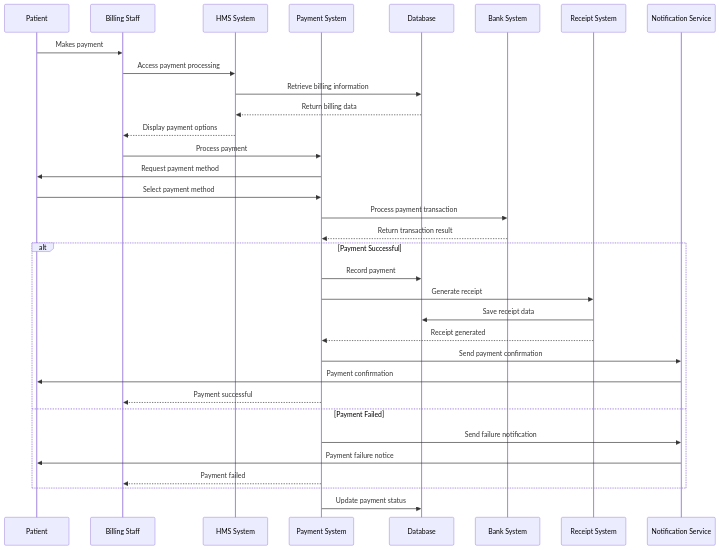
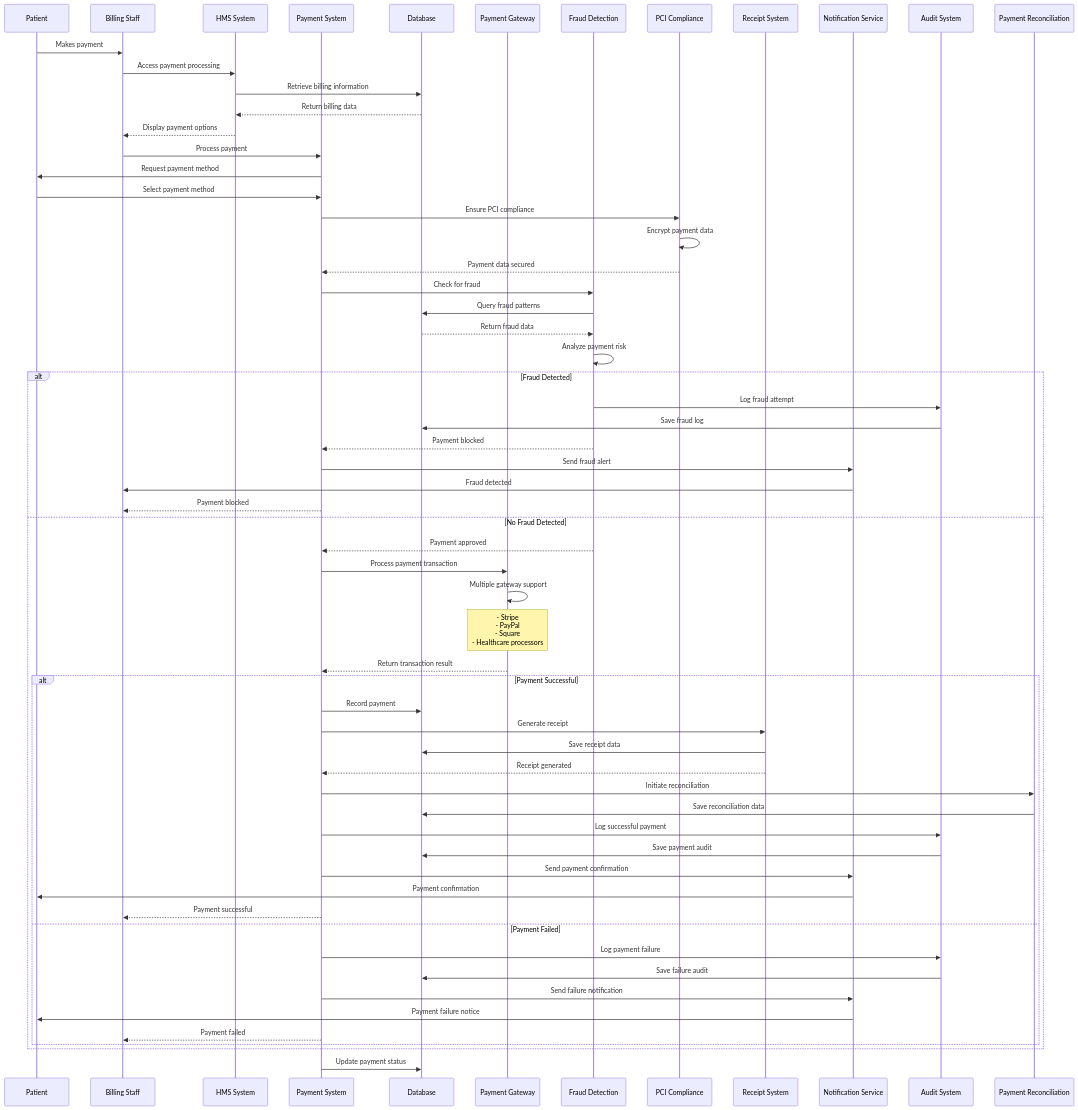
Before and after one commit to harcop/limises: the third of 13 diagrams in sequence-diagrams/billing-finance-sequence.md, drawn with Mermaid. The commit also changed other lines of this file and 16 other files, not shown here.

````diff
--- a/sequence-diagrams/billing-finance-sequence.md
+++ b/sequence-diagrams/billing-finance-sequence.md
@@ -77,36 +105,65 @@
 ```mermaid
 sequenceDiagram
     participant P as Patient
     participant STAFF as Billing Staff
     participant HMS as HMS System
     participant PAYMENT as Payment System
     participant DB as Database
-    participant BANK as Bank System
+    participant GATEWAY as Payment Gateway
+    participant FRAUD as Fraud Detection
+    participant PCI as PCI Compliance
     participant RECEIPT as Receipt System
     participant NOT as Notification Service
+    participant AUDIT as Audit System
+    participant RECONCILE as Payment Reconciliation
 
     P->>STAFF: Makes payment
     STAFF->>HMS: Access payment processing
     HMS->>DB: Retrieve billing information
     DB-->>HMS: Return billing data
     HMS-->>STAFF: Display payment options
     STAFF->>PAYMENT: Process payment
     PAYMENT->>P: Request payment method
     P->>PAYMENT: Select payment method
-    PAYMENT->>BANK: Process payment transaction
-    BANK-->>PAYMENT: Return transaction result
-    alt Payment Successful
-        PAYMENT->>DB: Record payment
-        PAYMENT->>RECEIPT: Generate receipt
-        RECEIPT->>DB: Save receipt data
-        RECEIPT-->>PAYMENT: Receipt generated
-        PAYMENT->>NOT: Send payment confirmation
-        NOT->>P: Payment confirmation
-        PAYMENT-->>STAFF: Payment successful
-    else Payment Failed
-        PAYMENT->>NOT: Send failure notification
-        NOT->>P: Payment failure notice
-        PAYMENT-->>STAFF: Payment failed
+    PAYMENT->>PCI: Ensure PCI compliance
+    PCI->>PCI: Encrypt payment data
+    PCI-->>PAYMENT: Payment data secured
+    PAYMENT->>FRAUD: Check for fraud
+    FRAUD->>DB: Query fraud patterns
+    DB-->>FRAUD: Return fraud data
+    FRAUD->>FRAUD: Analyze payment risk
+    alt Fraud Detected
+        FRAUD->>AUDIT: Log fraud attempt
+        AUDIT->>DB: Save fraud log
+        FRAUD-->>PAYMENT: Payment blocked
+        PAYMENT->>NOT: Send fraud alert
+        NOT->>STAFF: Fraud detected
+        PAYMENT-->>STAFF: Payment blocked
+    else No Fraud Detected
+        FRAUD-->>PAYMENT: Payment approved
+        PAYMENT->>GATEWAY: Process payment transaction
+        GATEWAY->>GATEWAY: Multiple gateway support
+        Note over GATEWAY: - Stripe<br/>- PayPal<br/>- Square<br/>- Healthcare processors
+        GATEWAY-->>PAYMENT: Return transaction result
+        alt Payment Successful
+            PAYMENT->>DB: Record payment
+            PAYMENT->>RECEIPT: Generate receipt
+            RECEIPT->>DB: Save receipt data
+            RECEIPT-->>PAYMENT: Receipt generated
+            PAYMENT->>RECONCILE: Initiate reconciliation
+            RECONCILE->>DB: Save reconciliation data
+            PAYMENT->>AUDIT: Log successful payment
+            AUDIT->>DB: Save payment audit
+            PAYMENT->>NOT: Send payment confirmation
+            NOT->>P: Payment confirmation
+            PAYMENT-->>STAFF: Payment successful
+        else Payment Failed
+            PAYMENT->>AUDIT: Log payment failure
+            AUDIT->>DB: Save failure audit
+            PAYMENT->>NOT: Send failure notification
+            NOT->>P: Payment failure notice
+            PAYMENT-->>STAFF: Payment failed
+        end
     end
     PAYMENT->>DB: Update payment status
 ```
````
